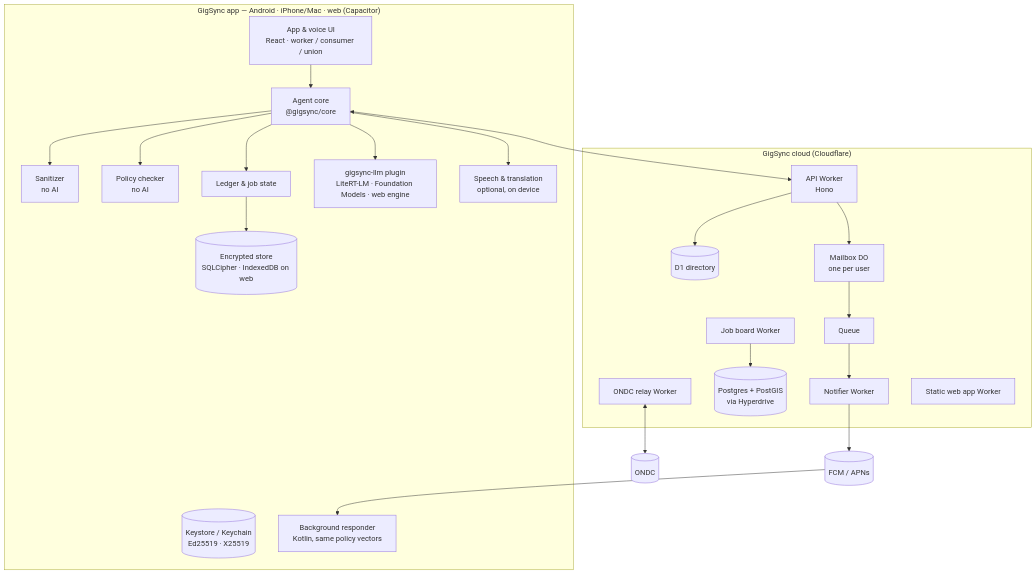
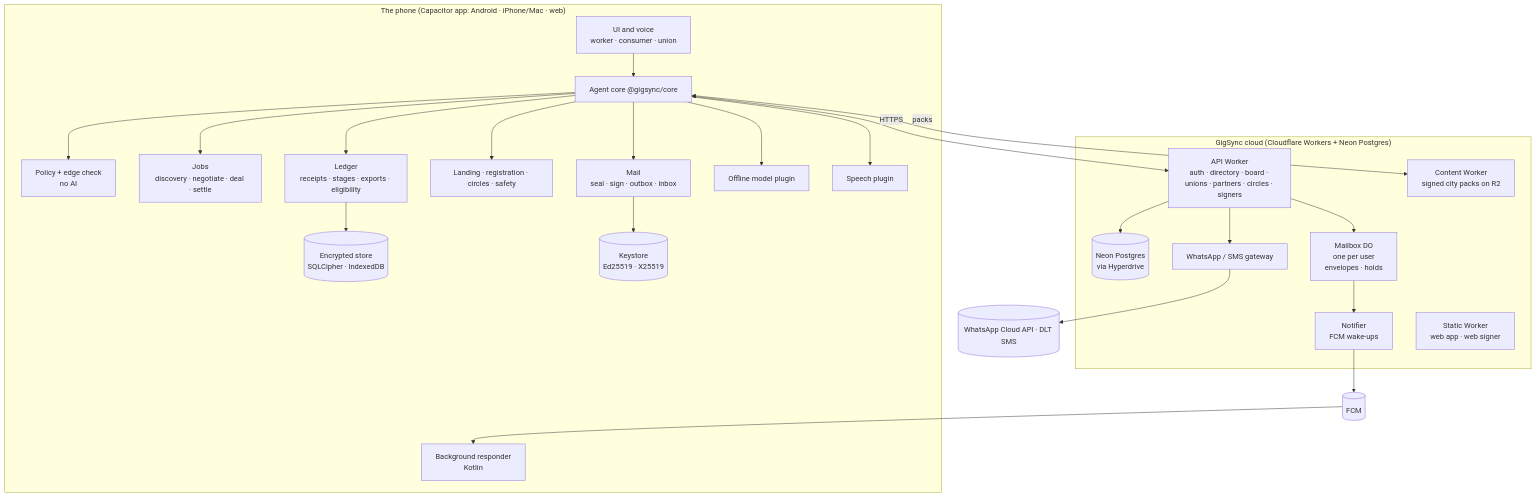
Before and after one commit to kirav5/GigSync: the second of 17 diagrams in docs/gigsync/HLD.md, drawn with Mermaid. The commit also changed other lines of this file and 28 other files, not shown here.

````diff
--- a/docs/gigsync/HLD.md
+++ b/docs/gigsync/HLD.md
@@ -108,25 +119,35 @@
 ```mermaid
 flowchart TB
-  subgraph App["GigSync app — Android · iPhone/Mac · web (Capacitor)"]
-    UI[App & voice UI<br/>React · worker / consumer / union] --> CORE[Agent core<br/>@gigsync/core]
-    CORE --> SAN[Sanitizer<br/>no AI]
-    CORE --> POL[Policy checker<br/>no AI]
-    CORE --> LED[Ledger & job state]
-    CORE --> LLM[gigsync-llm plugin<br/>LiteRT-LM · Foundation Models · web engine]
-    CORE --> SPEECH[Speech & translation<br/>optional, on device]
-    LED --> DB[(Encrypted store<br/>SQLCipher · IndexedDB on web)]
-    KEYS[(Keystore / Keychain<br/>Ed25519 · X25519)]
-    BG[Background responder<br/>Kotlin, same policy vectors]
+  subgraph Phone["The phone (Capacitor app: Android · iPhone/Mac · web)"]
+    UI[UI and voice<br/>worker · consumer · union]
+    CORE[Agent core  @gigsync/core]
+    UI --> CORE
+    CORE --> POL[Policy + edge check<br/>no AI]
+    CORE --> JOB[Jobs<br/>discovery · negotiate · deal · settle]
+    CORE --> LED[Ledger<br/>receipts · stages · exports · eligibility]
+    CORE --> LAND[Landing · registration · circles · safety]
+    CORE --> MAIL[Mail<br/>seal · sign · outbox · inbox]
+    CORE --> LLM[Offline model plugin]
+    CORE --> SPEECH[Speech plugin]
+    LED --> STORE[(Encrypted store<br/>SQLCipher · IndexedDB)]
+    MAIL --> KEYS[(Keystore<br/>Ed25519 · X25519)]
+    BG[Background responder<br/>Kotlin]
   end
-  subgraph Cloud["GigSync cloud (Cloudflare)"]
-    API[API Worker<br/>Hono] --> DIR[(D1 directory)]
-    API --> MB[Mailbox DO<br/>one per user]
-    MB --> Q[Queue] --> NOTIF[Notifier Worker]
-    BOARD[Job board Worker] --> PG[(Postgres + PostGIS<br/>via Hyperdrive)]
-    RELAY[ONDC relay Worker]
-    WEB[Static web app Worker]
+  subgraph Cloud["GigSync cloud (Cloudflare Workers + Neon Postgres)"]
+    API[API Worker<br/>auth · directory · board · unions · partners · circles · signers]
+    DIR[(Neon Postgres<br/>via Hyperdrive)]
+    MB[Mailbox DO<br/>one per user<br/>envelopes · holds]
+    NOTIF[Notifier<br/>FCM wake-ups]
+    GW[WhatsApp / SMS gateway]
+    CONTENT[Content Worker<br/>signed city packs on R2]
+    WEB[Static Worker<br/>web app · web signer]
+    API --> DIR
+    API --> MB
+    MB --> NOTIF
+    API --> GW
   end
-  CORE <--> API
-  NOTIF --> FCM[(FCM / APNs)] --> BG
-  RELAY <--> ONDC[(ONDC)]
+  CORE <-->|HTTPS| API
+  CORE <-->|packs| CONTENT
+  NOTIF --> FCM[(FCM)] --> BG
+  GW --> META[(WhatsApp Cloud API · DLT SMS)]
 ```
````
